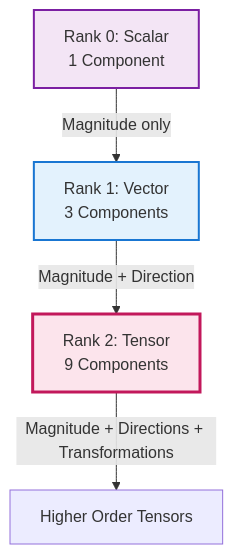
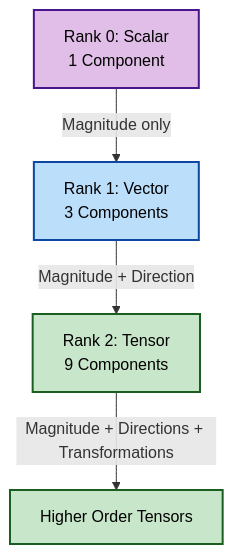
One commit to wramet/build-my-cfd changed the diagram in MODULE_05_OPENFOAM_PROGRAMMING/CONTENT/11_TENSOR_ALGEBRA/01_Introduction.md. Above: the diagram before and after it, drawn with Mermaid. The commit also changed 313 other files, not shown here.

Commit message:
Revise all diagram

````diff
--- a/MODULE_05_OPENFOAM_PROGRAMMING/CONTENT/11_TENSOR_ALGEBRA/01_Introduction.md
+++ b/MODULE_05_OPENFOAM_PROGRAMMING/CONTENT/11_TENSOR_ALGEBRA/01_Introduction.md
@@ -12,10 +12,11 @@
 ```mermaid
 flowchart TD
-    S[Rank 0: Scalar<br/>1 Component] -->|Magnitude only| V[Rank 1: Vector<br/>3 Components]
-    V -->|Magnitude + Direction| T[Rank 2: Tensor<br/>9 Components]
-    T -->|Magnitude + Directions + Transformations| HT[Higher Order Tensors]
+%% Classes
+classDef rank0 fill:#e1bee7,stroke:#4a148c,stroke-width:2px,color:#000
+classDef rank1 fill:#bbdefb,stroke:#0d47a1,stroke-width:2px,color:#000
+classDef rank2 fill:#c8e6c9,stroke:#1b5e20,stroke-width:2px,color:#000
 
-    style T fill:#fce4ec,stroke:#c2185b,stroke-width:3px
-    style V fill:#e3f2fd,stroke:#1976d2,stroke-width:2px
-    style S fill:#f3e5f5,stroke:#7b1fa2,stroke-width:2px
+S[Rank 0: Scalar<br/>1 Component]:::rank0 -->|Magnitude only| V[Rank 1: Vector<br/>3 Components]:::rank1
+V -->|Magnitude + Direction| T[Rank 2: Tensor<br/>9 Components]:::rank2
+T -->|Magnitude + Directions + Transformations| HT[Higher Order Tensors]:::rank2
 ```
````
